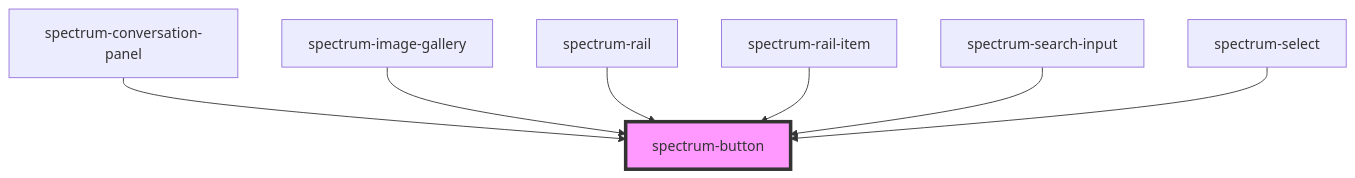
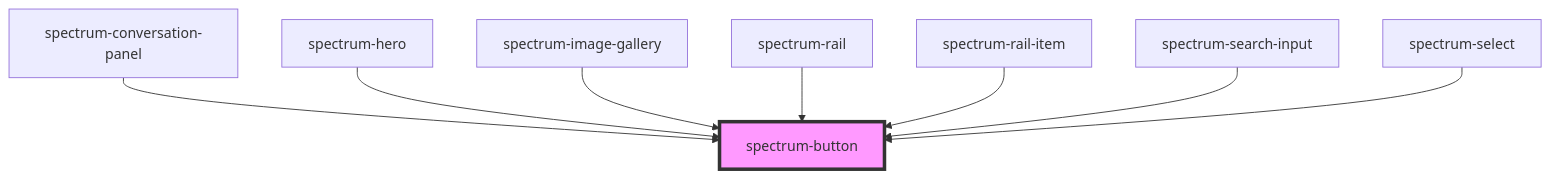
The diagram in packages/core/src/components/spectrum-button/readme.md (emamirelar/spectrum), drawn with Mermaid before and after one commit. The commit also changed other lines of this file and 16 other files, not shown here.

````diff
--- a/packages/core/src/components/spectrum-button/readme.md
+++ b/packages/core/src/components/spectrum-button/readme.md
@@ -57,10 +58,11 @@
 ```mermaid
 graph TD;
   spectrum-conversation-panel --> spectrum-button
+  spectrum-hero --> spectrum-button
   spectrum-image-gallery --> spectrum-button
   spectrum-rail --> spectrum-button
   spectrum-rail-item --> spectrum-button
   spectrum-search-input --> spectrum-button
   spectrum-select --> spectrum-button
   style spectrum-button fill:#f9f,stroke:#333,stroke-width:4px
 ```
````
